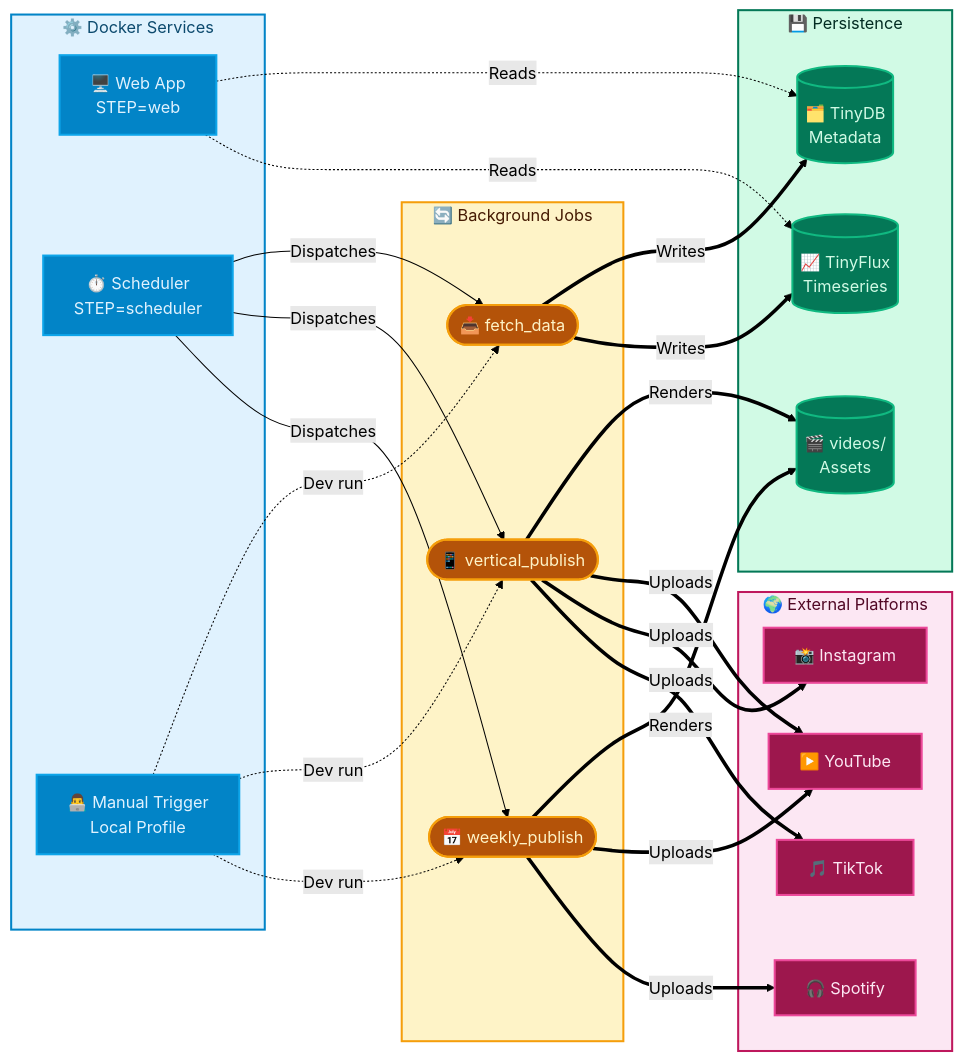
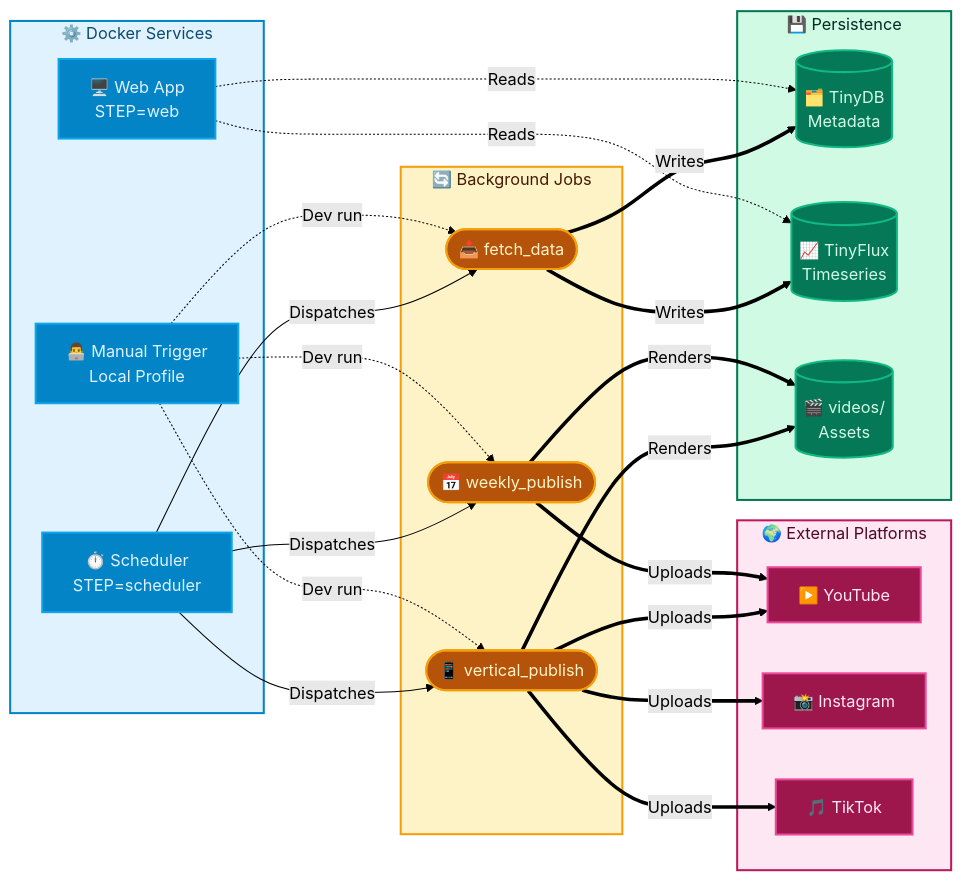
Before and after one commit to olidroide/top-video-generator: the second of 2 diagrams in ARCHITECTURE.md, drawn with Mermaid (forest theme). The commit also changed other lines of this file and 22 other files, not shown here.

````diff
--- a/ARCHITECTURE.md
+++ b/ARCHITECTURE.md
@@ -112,47 +112,46 @@
 ```mermaid
 flowchart LR
     classDef svc fill:#0284C7,stroke:#0EA5E9,stroke-width:2px,color:#E0F2FE
     classDef job fill:#B45309,stroke:#F59E0B,stroke-width:2px,color:#FEF3C7
     classDef db  fill:#047857,stroke:#10B981,stroke-width:2px,color:#D1FAE5
     classDef ext fill:#9D174D,stroke:#EC4899,stroke-width:2px,color:#FCE7F3
 
     subgraph Services ["⚙️  Docker Services"]
         WEB["🖥️ Web App\nSTEP=web"]:::svc
         SCH["⏱️ Scheduler\nSTEP=scheduler"]:::svc
         MAN["👨‍💻 Manual Trigger\nLocal Profile"]:::svc
     end
 
     subgraph Jobs ["🔄  Background Jobs"]
         J1(["📥 fetch_data"]):::job
         J2(["📱 vertical_publish"]):::job
         J3(["📅 weekly_publish"]):::job
     end
 
     subgraph Data ["💾  Persistence"]
         DB[("🗂️ TinyDB\nMetadata")]:::db
         TS[("📈 TinyFlux\nTimeseries")]:::db
         VID[("🎬 videos/\nAssets")]:::db
     end
 
     subgraph Platforms ["🌍  External Platforms"]
         YT["▶️ YouTube"]:::ext
         IG["📸 Instagram"]:::ext
         TT["🎵 TikTok"]:::ext
-        SP["🎧 Spotify"]:::ext
     end
 
     SCH -->|"Dispatches"| J1 & J2 & J3
     MAN -.->|"Dev run"| J1 & J2 & J3
 
     J1 ==>|"Writes"| DB & TS
     J2 & J3 ==>|"Renders"| VID
     WEB -.->|"Reads"| DB & TS
 
     J2 ==>|"Uploads"| YT & IG & TT
-    J3 ==>|"Uploads"| YT & SP
+    J3 ==>|"Uploads"| YT
 
     style Services  fill:#E0F2FE,stroke:#0284C7,stroke-width:2px,color:#0C4A6E
     style Jobs      fill:#FEF3C7,stroke:#F59E0B,stroke-width:2px,color:#451A03
     style Data      fill:#D1FAE5,stroke:#047857,stroke-width:2px,color:#022C22
     style Platforms fill:#FCE7F3,stroke:#BE185D,stroke-width:2px,color:#500724
 ```
````
